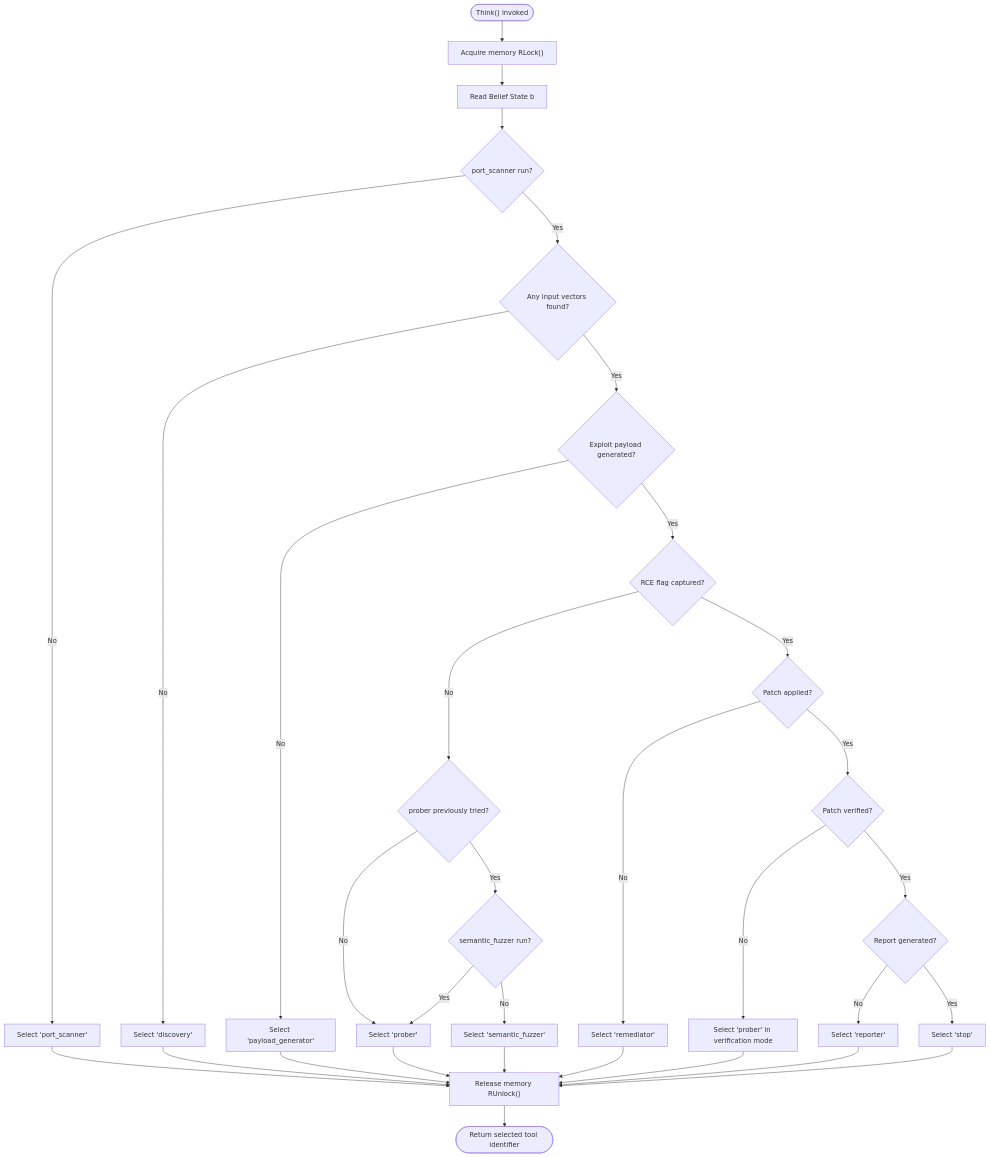
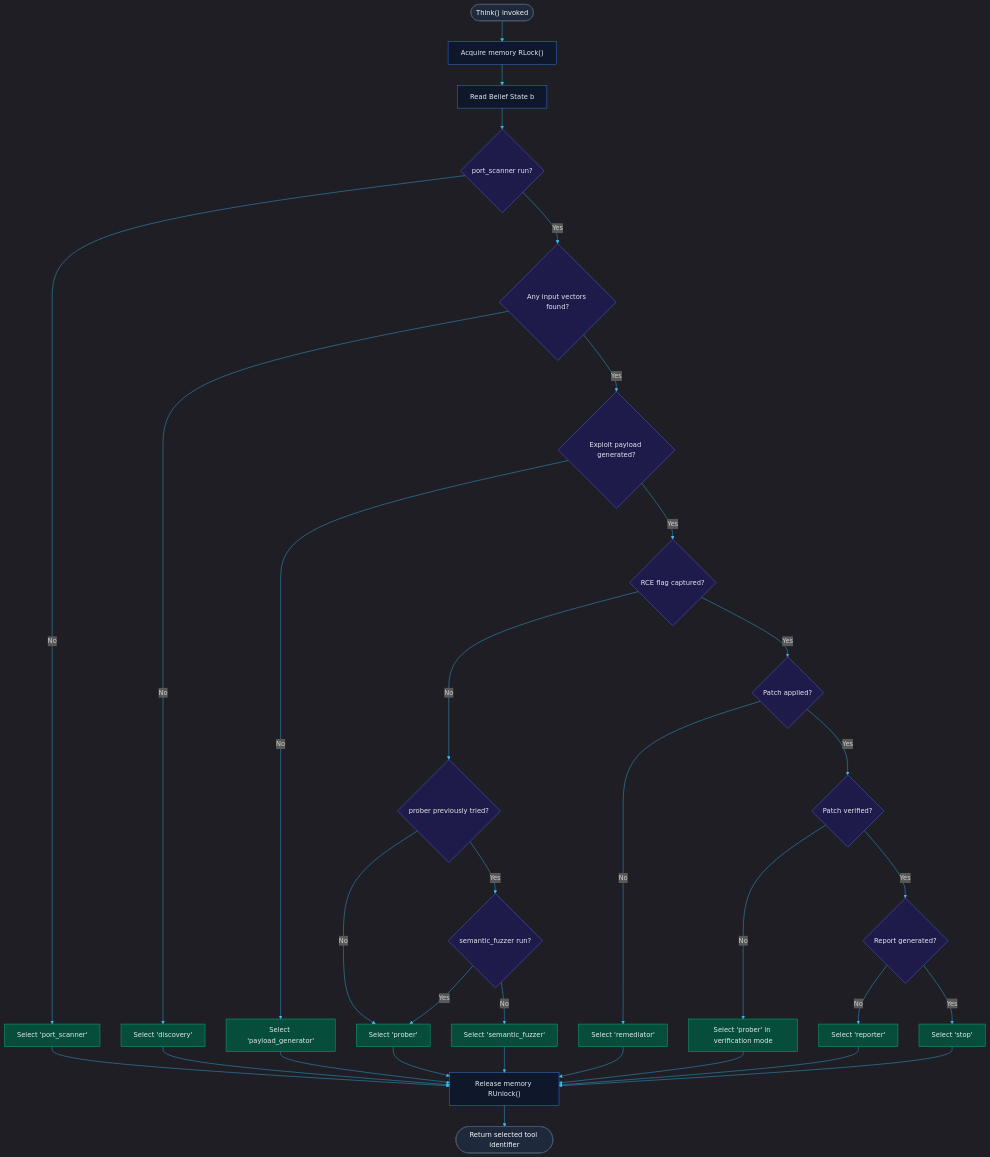
The third of 3 diagrams in README.en.md (C00LN3T/Log4ShellAuditor), drawn with Mermaid before and after one commit. The commit also changed other lines of this file and 2 other files, not shown here.

````diff
--- a/README.en.md
+++ b/README.en.md
@@ -140,54 +189,70 @@
 ```mermaid
+%%{init: {
+  'theme': 'dark',
+  'themeVariables': {
+    'background': '#0f172a',
+    'primaryColor': '#1e293b',
+    'primaryTextColor': '#cbd5e1',
+    'primaryBorderColor': '#475569',
+    'lineColor': '#38bdf8',
+    'secondaryColor': '#1e293b'
+  }
+}}%%
 flowchart TD
-    Start(["Think() invoked"]) --> Lock["Acquire memory RLock()"]
-    Lock --> ReadState[Read Belief State b]
+    classDef startEnd fill:#1e293b,stroke:#475569,stroke-width:2px,color:#f8fafc;
+    classDef process fill:#0f172a,stroke:#3b82f6,stroke-width:1px,color:#e2e8f0;
+    classDef decision fill:#1e1b4b,stroke:#6366f1,stroke-width:1px,color:#e2e8f0;
+    classDef selection fill:#064e3b,stroke:#10b981,stroke-width:1px,color:#e2e8f0;
+
+    Start(["Think() invoked"]):::startEnd --> Lock["Acquire memory RLock()"]:::process
+    Lock --> ReadState[Read Belief State b]:::process
     
     %% Step 1
-    ReadState --> PortScan{port_scanner run?}
-    PortScan -- No --> RetPortScan[Select 'port_scanner']
+    ReadState --> PortScan{port_scanner run?}:::decision
+    PortScan -- No --> RetPortScan[Select 'port_scanner']:::selection
     
     %% Step 2
-    PortScan -- Yes --> Discovery{Any input vectors found?}
-    Discovery -- No --> RetDiscovery[Select 'discovery']
+    PortScan -- Yes --> Discovery{Any input vectors found?}:::decision
+    Discovery -- No --> RetDiscovery[Select 'discovery']:::selection
     
     %% Step 3
-    Discovery -- Yes --> Payload{Exploit payload generated?}
-    Payload -- No --> RetPayload[Select 'payload_generator']
+    Discovery -- Yes --> Payload{Exploit payload generated?}:::decision
+    Payload -- No --> RetPayload[Select 'payload_generator']:::selection
     
     %% Step 4 (Exploit)
-    Payload -- Yes --> Loot{RCE flag captured?}
-    Loot -- No --> ProberStats{prober previously tried?}
+    Payload -- Yes --> Loot{RCE flag captured?}:::decision
+    Loot -- No --> ProberStats{prober previously tried?}:::decision
     
-    ProberStats -- No --> RetProber[Select 'prober']
-    ProberStats -- Yes --> FuzzerStats{semantic_fuzzer run?}
-    FuzzerStats -- No --> RetFuzzer[Select 'semantic_fuzzer']
-    FuzzerStats -- Yes --> RetProber
+    ProberStats -- No --> RetProber[Select 'prober']:::selection
+    ProberStats -- Yes --> FuzzerStats{semantic_fuzzer run?}:::decision
+    FuzzerStats -- No --> RetFuzzer[Select 'semantic_fuzzer']:::selection
+    FuzzerStats -- Yes --> RetProber:::selection
     
     %% Step 5
-    Loot -- Yes --> Patch{Patch applied?}
-    Patch -- No --> RetRemediator[Select 'remediator']
+    Loot -- Yes --> Patch{Patch applied?}:::decision
+    Patch -- No --> RetRemediator[Select 'remediator']:::selection
     
     %% Step 6
-    Patch -- Yes --> Verify{Patch verified?}
-    Verify -- No --> RetProberVerify[Select 'prober' in verification mode]
+    Patch -- Yes --> Verify{Patch verified?}:::decision
+    Verify -- No --> RetProberVerify[Select 'prober' in verification mode]:::selection
     
     %% Step 7
-    Verify -- Yes --> Report{Report generated?}
-    Report -- No --> RetReporter[Select 'reporter']
+    Verify -- Yes --> Report{Report generated?}:::decision
+    Report -- No --> RetReporter[Select 'reporter']:::selection
     
     %% Step 8
-    Report -- Yes --> RetStop[Select 'stop']
+    Report -- Yes --> RetStop[Select 'stop']:::selection
     
     %% Return Statements
-    RetPortScan --> Unlock["Release memory RUnlock()"]
+    RetPortScan --> Unlock["Release memory RUnlock()"]:::process
     RetDiscovery --> Unlock
     RetPayload --> Unlock
     RetProber --> Unlock
     RetFuzzer --> Unlock
     RetRemediator --> Unlock
     RetProberVerify --> Unlock
     RetReporter --> Unlock
     RetStop --> Unlock
     
-    Unlock --> End([Return selected tool identifier])
+    Unlock --> End([Return selected tool identifier]):::startEnd
 ```
````
